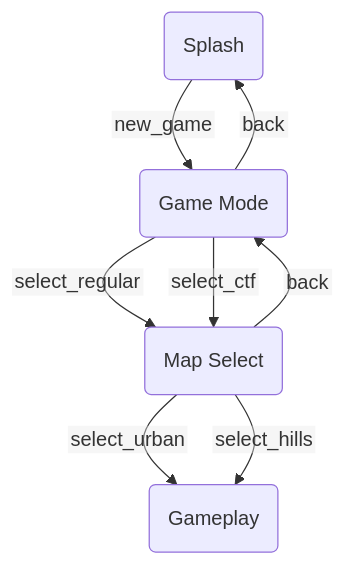
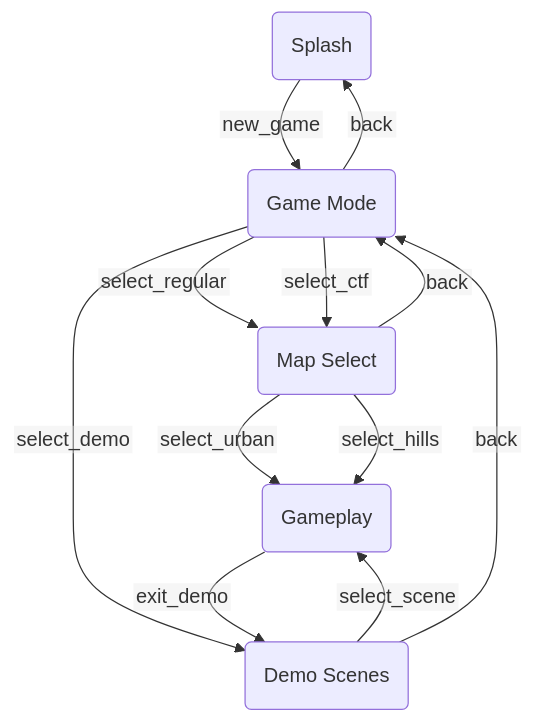
Before and after one commit to TheDeepestSpace/tbgwaf: the diagram in README.md, drawn with Mermaid. The commit also changed other lines of this file and 39 other files, not shown here.

````diff
--- a/README.md
+++ b/README.md
@@ -278,15 +296,20 @@
 ```mermaid
 %%{init: {"flowchart": {"htmlLabels": false}, "themeVariables": {"fontFamily": "Arial, sans-serif"}}}%%
 flowchart TD
     splash("  Splash  ")
     game_mode("  Game Mode  ")
     map_select("  Map Select  ")
+    demo_scenes("  Demo Scenes  ")
     gameplay("  Gameplay  ")
     splash -->|new_game| game_mode
     game_mode -->|select_regular| map_select
     game_mode -->|select_ctf| map_select
+    game_mode -->|select_demo| demo_scenes
     game_mode -->|back| splash
     map_select -->|select_urban| gameplay
     map_select -->|select_hills| gameplay
     map_select -->|back| game_mode
+    demo_scenes -->|select_scene| gameplay
+    demo_scenes -->|back| game_mode
+    gameplay -->|exit_demo| demo_scenes
 ```
````
